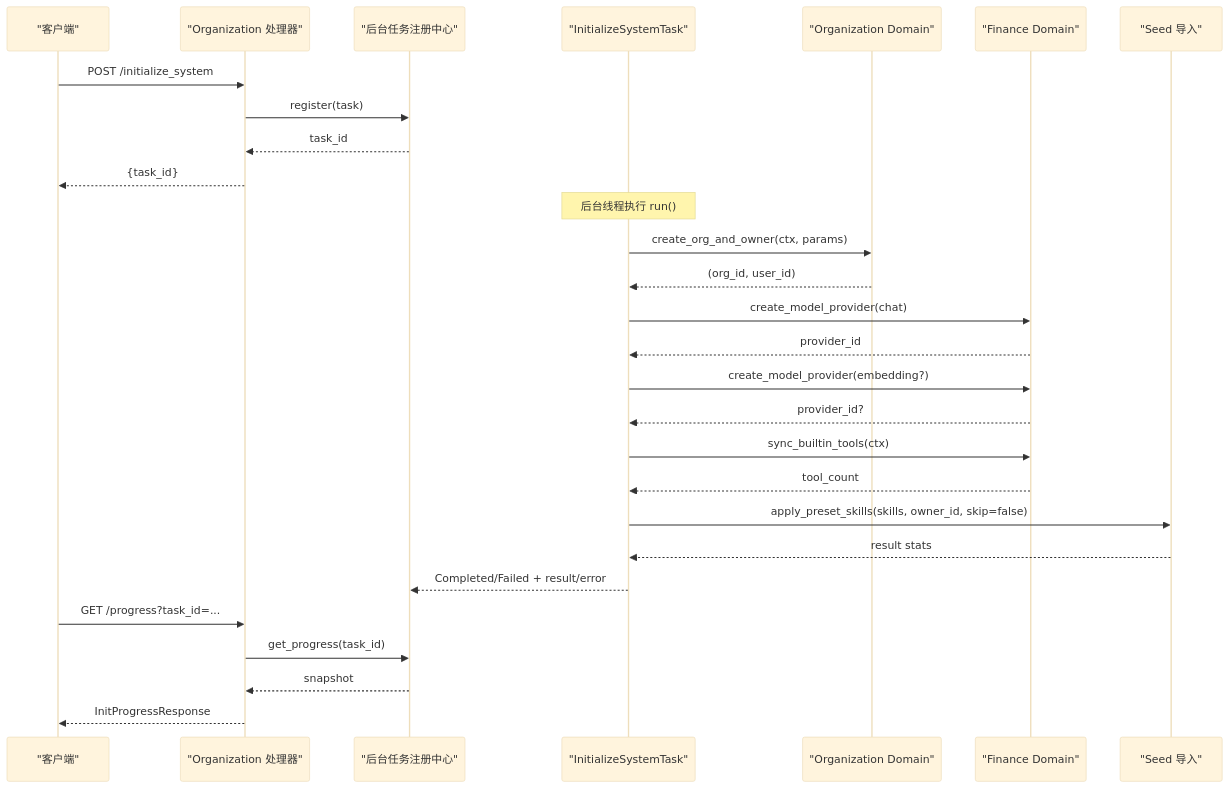
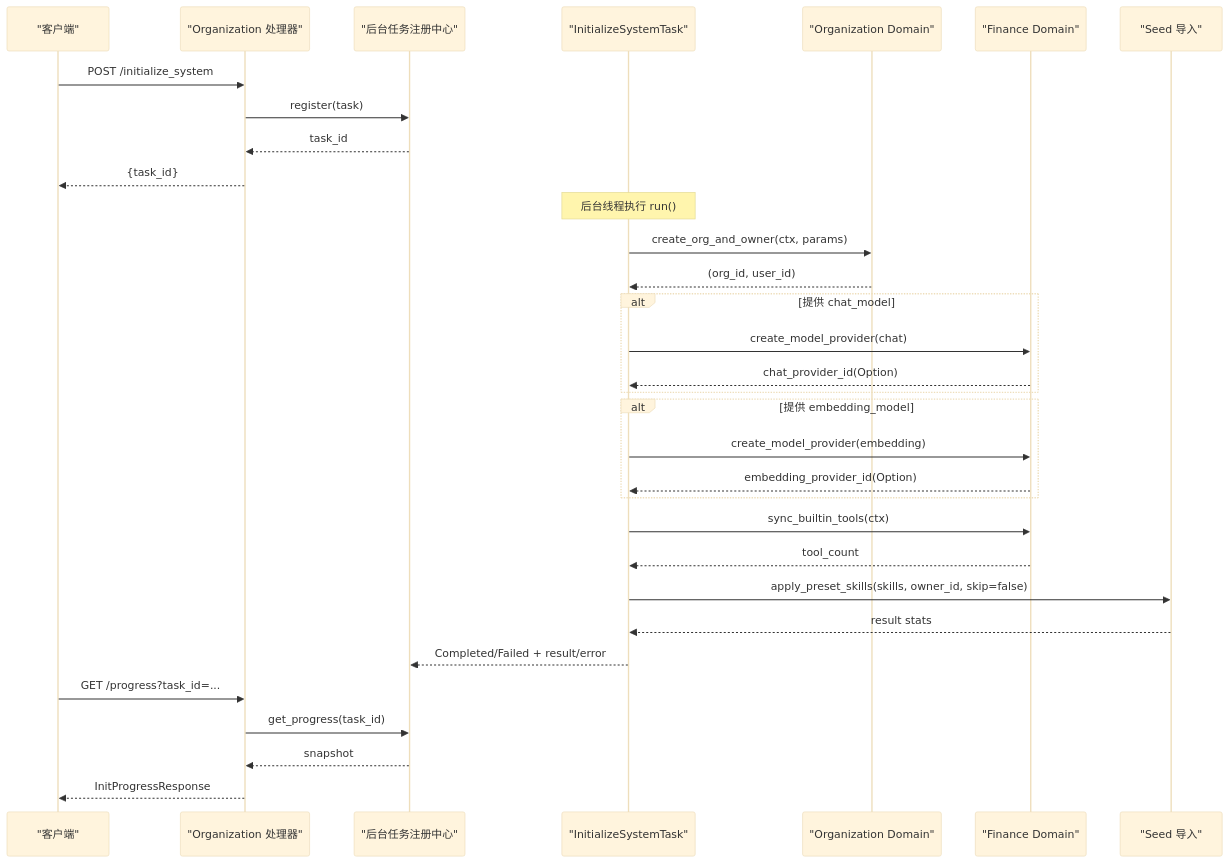
One commit to runningcoders/ai_orz changed the second of 4 diagrams in docs/wiki/zh/content/核心模块/处理器层/Organization模块处理器/系统初始化处理器.md. Above: the diagram before and after it, drawn with Mermaid (base theme). The commit also changed other lines of this file and 11 other files, not shown here.

````diff
--- a/docs/wiki/zh/content/核心模块/处理器层/Organization模块处理器/系统初始化处理器.md
+++ b/docs/wiki/zh/content/核心模块/处理器层/Organization模块处理器/系统初始化处理器.md
@@ -81,30 +81,34 @@
 ```mermaid
 sequenceDiagram
 participant Client as "客户端"
 participant Handler as "Organization 处理器"
 participant Registry as "后台任务注册中心"
 participant Task as "InitializeSystemTask"
 participant OrgDomain as "Organization Domain"
 participant FinDomain as "Finance Domain"
 participant Seed as "Seed 导入"
 Client->>Handler : POST /initialize_system
 Handler->>Registry : register(task)
 Registry-->>Handler : task_id
 Handler-->>Client : {task_id}
 Note over Task : 后台线程执行 run()
 Task->>OrgDomain : create_org_and_owner(ctx, params)
 OrgDomain-->>Task : (org_id, user_id)
+alt 提供 chat_model
 Task->>FinDomain : create_model_provider(chat)
-FinDomain-->>Task : provider_id
-Task->>FinDomain : create_model_provider(embedding?)
-FinDomain-->>Task : provider_id?
+FinDomain-->>Task : chat_provider_id(Option)
+end
+alt 提供 embedding_model
+Task->>FinDomain : create_model_provider(embedding)
+FinDomain-->>Task : embedding_provider_id(Option)
+end
 Task->>FinDomain : sync_builtin_tools(ctx)
 FinDomain-->>Task : tool_count
 Task->>Seed : apply_preset_skills(skills, owner_id, skip=false)
 Seed-->>Task : result stats
 Task-->>Registry : Completed/Failed + result/error
 Client->>Handler : GET /progress?task_id=...
 Handler->>Registry : get_progress(task_id)
 Registry-->>Handler : snapshot
 Handler-->>Client : InitProgressResponse
 ```
````
